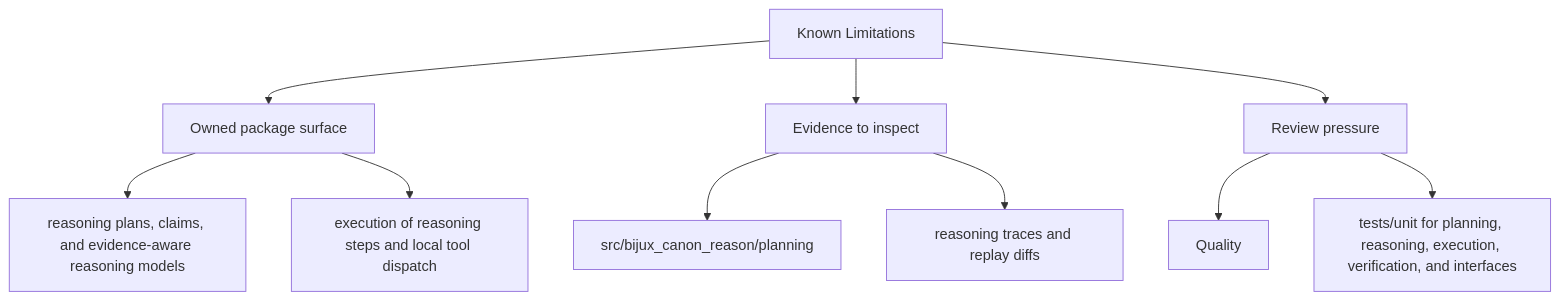
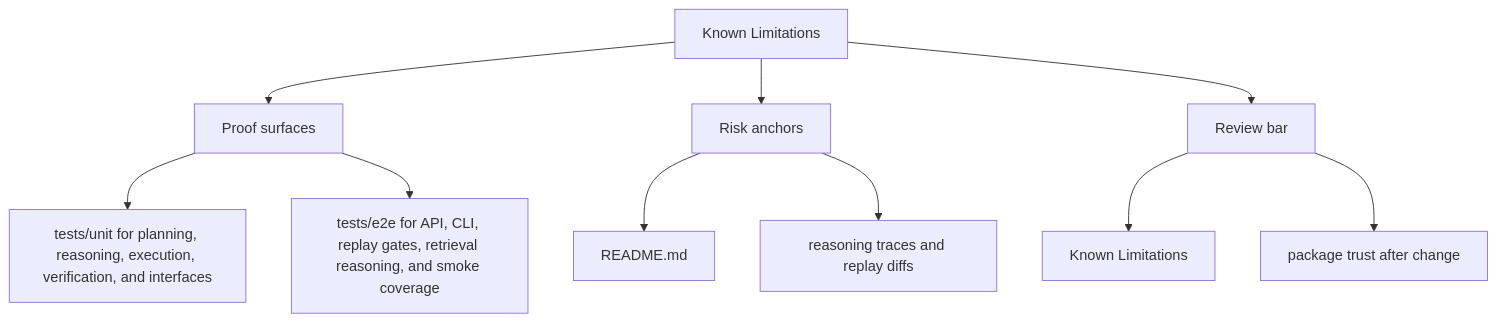
The second of 2 diagrams in docs/bijux-canon-reason/quality/known-limitations.md (bijux/bijux-canon), drawn with Mermaid before and after one commit. The commit also changed other lines of this file and 250 other files, not shown here.

Commit message:
docs(diagrams): make product page maps more readable

````diff
--- a/docs/bijux-canon-reason/quality/known-limitations.md
+++ b/docs/bijux-canon-reason/quality/known-limitations.md
@@ -34,22 +34,22 @@
 ```mermaid
 flowchart TD
     page["Known Limitations"]
-    focus1["Owned package surface"]
+    focus1["Proof surfaces"]
     page --> focus1
-    focus1_1["reasoning plans, claims, and evidence-aware reasoning models"]
+    focus1_1["tests/unit for planning, reasoning, execution, verification, and interfaces"]
     focus1 --> focus1_1
-    focus1_2["execution of reasoning steps and local tool dispatch"]
+    focus1_2["tests/e2e for API, CLI, replay gates, retrieval reasoning, and smoke coverage"]
     focus1 --> focus1_2
-    focus2["Evidence to inspect"]
+    focus2["Risk anchors"]
     page --> focus2
-    focus2_1["src/bijux_canon_reason/planning"]
+    focus2_1["README.md"]
     focus2 --> focus2_1
     focus2_2["reasoning traces and replay diffs"]
     focus2 --> focus2_2
-    focus3["Review pressure"]
+    focus3["Review bar"]
     page --> focus3
-    focus3_1["Quality"]
+    focus3_1["Known Limitations"]
     focus3 --> focus3_1
-    focus3_2["tests/unit for planning, reasoning, execution, verification, and interfaces"]
+    focus3_2["package trust after change"]
     focus3 --> focus3_2
 ```
````
